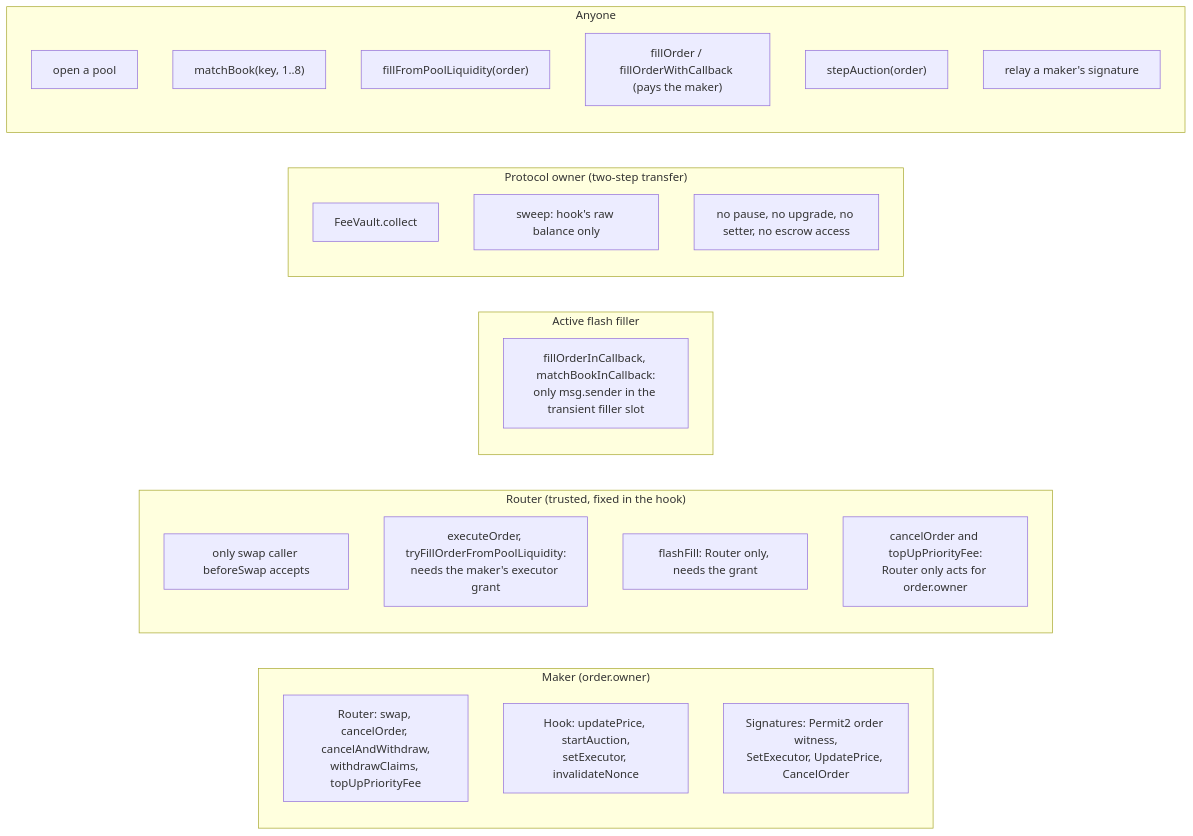
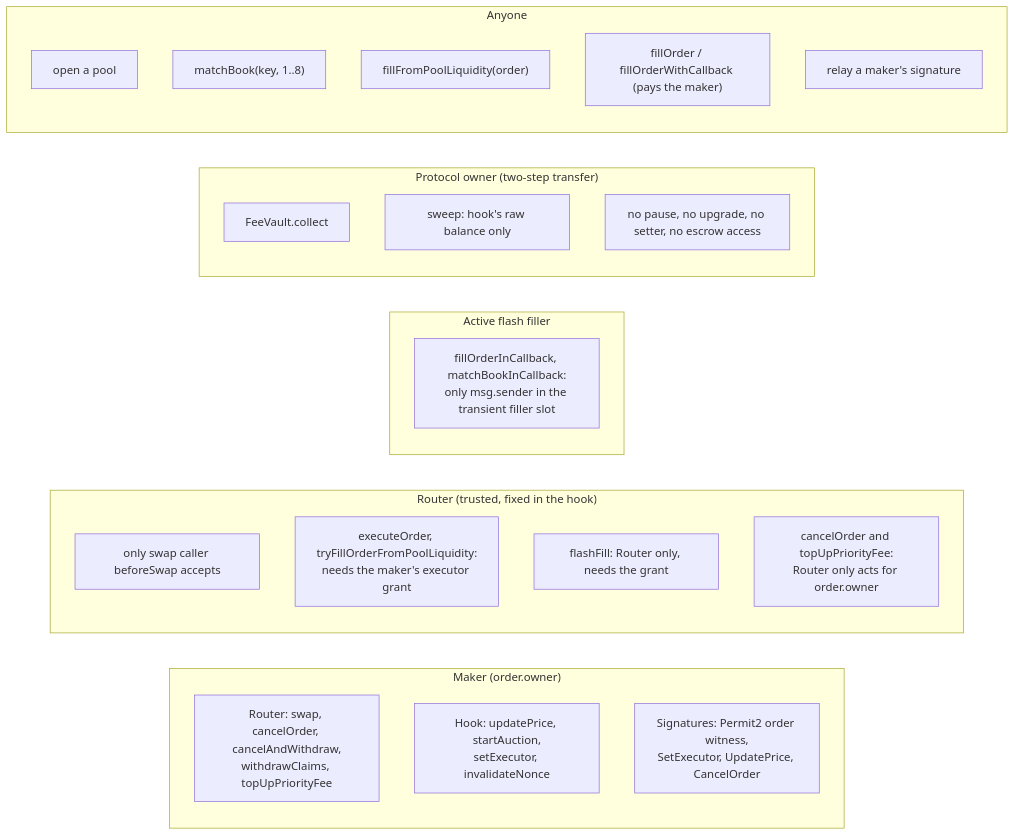
The fourth of 6 diagrams in docs/protocol.md (asyncswap/contracts), drawn with Mermaid before and after one commit. The commit also changed other lines of this file and 13 other files, not shown here.

````diff
--- a/docs/protocol.md
+++ b/docs/protocol.md
@@ -187,30 +186,29 @@
 ```mermaid
 flowchart LR
     subgraph MakerRights["Maker (order.owner)"]
         m1["Router: swap, cancelOrder, cancelAndWithdraw,<br/>withdrawClaims, topUpPriorityFee"]
         m2["Hook: updatePrice, startAuction,<br/>setExecutor, invalidateNonce"]
         m3["Signatures: Permit2 order witness,<br/>SetExecutor, UpdatePrice, CancelOrder"]
     end
     subgraph RouterRights["Router (trusted, fixed in the hook)"]
         r1["only swap caller beforeSwap accepts"]
         r2["executeOrder, tryFillOrderFromPoolLiquidity:<br/>needs the maker's executor grant"]
         r3["flashFill: Router only, needs the grant"]
         r4["cancelOrder and topUpPriorityFee:<br/>Router only acts for order.owner"]
     end
     subgraph FlashRights["Active flash filler"]
         f1["fillOrderInCallback, matchBookInCallback:<br/>only msg.sender in the transient filler slot"]
     end
     subgraph OwnerRights["Protocol owner (two-step transfer)"]
         o1["FeeVault.collect"]
         o2["sweep: hook's raw balance only"]
         o3["no pause, no upgrade, no setter, no escrow access"]
     end
     subgraph Public["Anyone"]
         p1["open a pool"]
         p2["matchBook(key, 1..8)"]
         p3["fillFromPoolLiquidity(order)"]
         p4["fillOrder / fillOrderWithCallback (pays the maker)"]
-        p5["stepAuction(order)"]
-        p6["relay a maker's signature"]
+        p5["relay a maker's signature"]
     end
 ```
````
